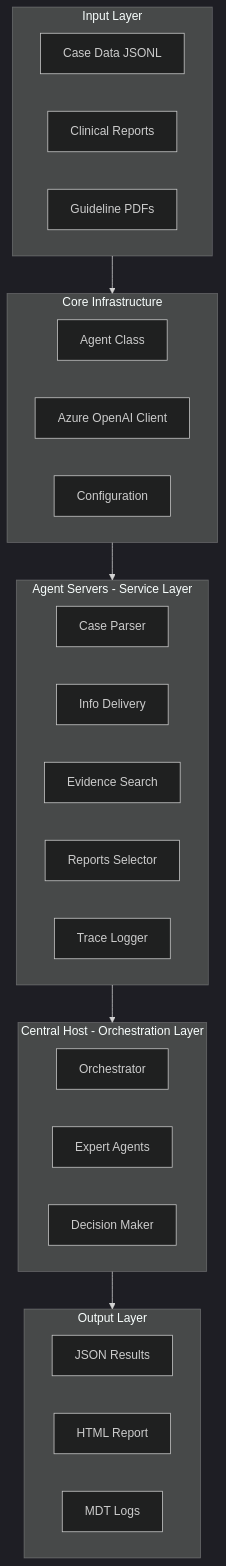
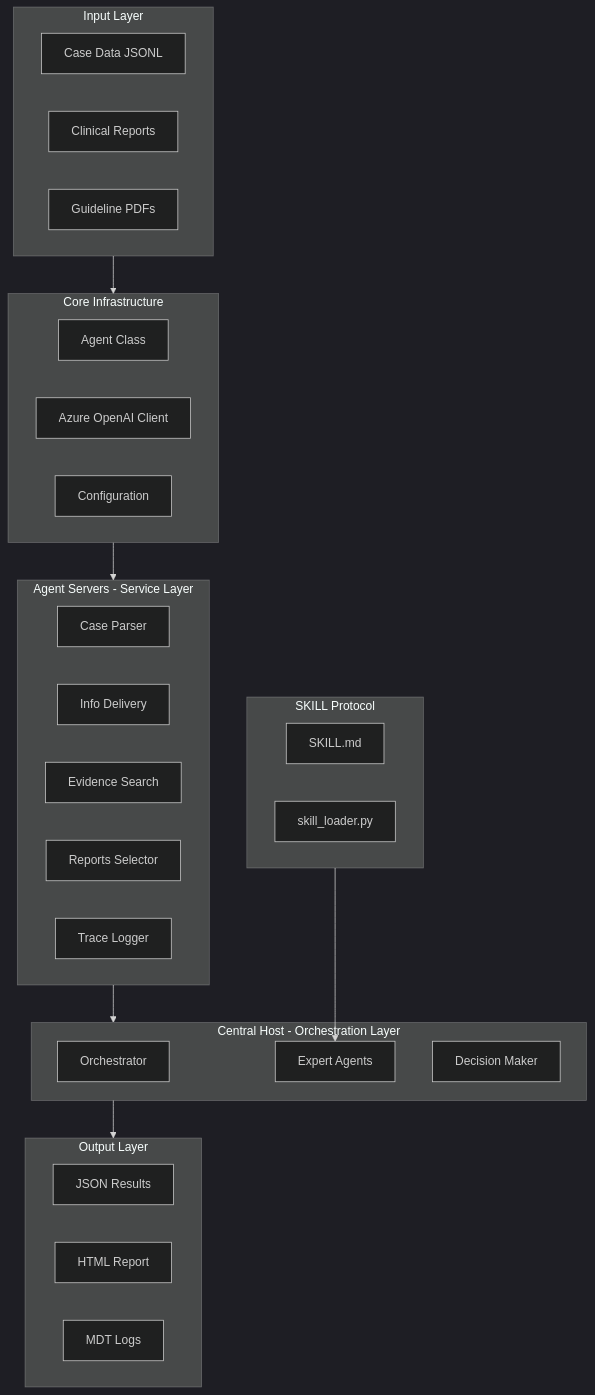
Before and after one commit to pigudog/OMGs: the second of 6 diagrams in README.md, drawn with Mermaid (dark theme). The commit also changed other lines of this file and 36 other files, not shown here.

````diff
--- a/README.md
+++ b/README.md
@@ -107,39 +125,45 @@
 ```mermaid
 flowchart TB
     subgraph Input [Input Layer]
         CaseData[Case Data JSONL]
         Reports[Clinical Reports]
         Guidelines[Guideline PDFs]
     end
     
     subgraph Core [Core Infrastructure]
         Agent[Agent Class]
         Client[Azure OpenAI Client]
         Config[Configuration]
     end
     
     subgraph Servers [Agent Servers - Service Layer]
         CaseParser[Case Parser]
         InfoDelivery[Info Delivery]
         EvidenceSearch[Evidence Search]
         ReportsSelector[Reports Selector]
         Trace[Trace Logger]
     end
     
     subgraph Host [Central Host - Orchestration Layer]
         Orchestrator[Orchestrator]
         Experts[Expert Agents]
         Decision[Decision Maker]
     end
     
+    subgraph Skill [SKILL Protocol]
+        SkillMD[SKILL.md]
+        SkillLoader[skill_loader.py]
+    end
+    
     subgraph Output [Output Layer]
         JSON[JSON Results]
         HTML[HTML Report]
         Logs[MDT Logs]
     end
     
     Input --> Core
     Core --> Servers
     Servers --> Host
+    Skill --> Experts
     Host --> Output
 ```
````
